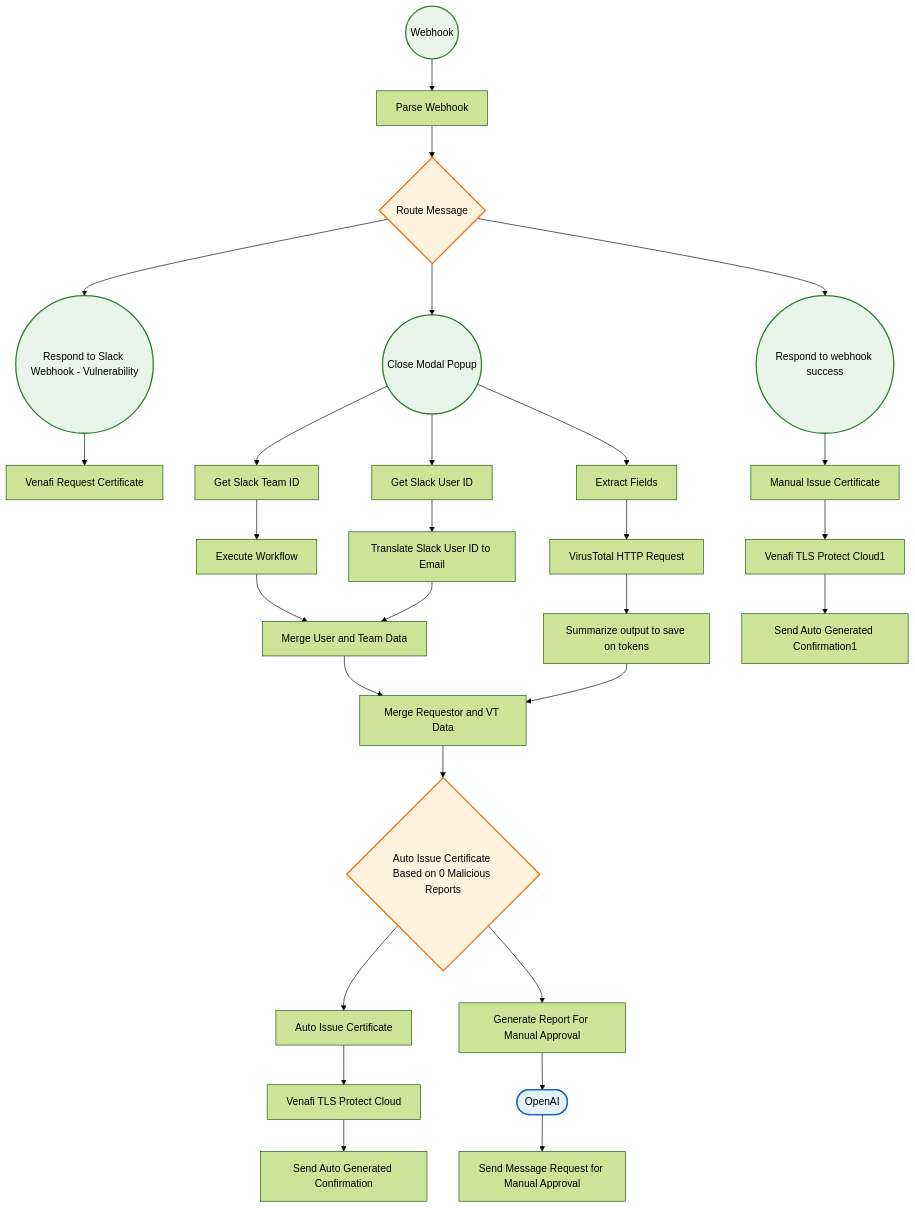
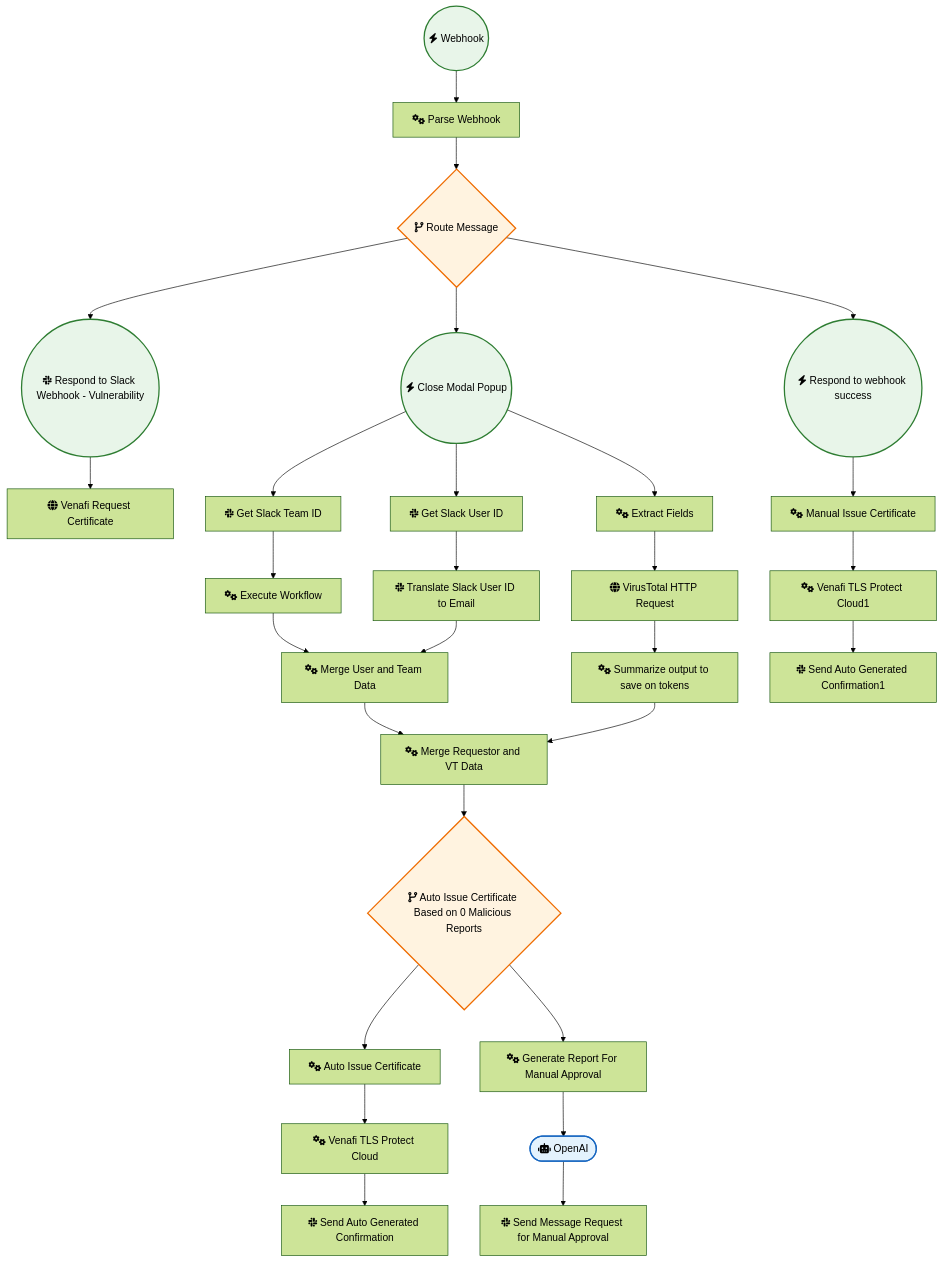
Before and after one commit to sreyash3105/N8N-DEMO-AUTOMATIONS: the diagram in Slack/Venafi Cloud Slack Cert Bot.md, drawn with Mermaid (forest theme). The commit also changed 291 other files, not shown here.

````diff
--- a/Slack/Venafi Cloud Slack Cert Bot.md
+++ b/Slack/Venafi Cloud Slack Cert Bot.md
@@ -1,61 +1,61 @@
 ```mermaid
 graph TD
     classDef trigger fill:#e8f5e9,stroke:#2e7d32,stroke-width:2px;
     classDef ai fill:#e3f2fd,stroke:#1565c0,stroke-width:2px;
     classDef logic fill:#fff3e0,stroke:#ef6c00,stroke-width:2px;
 
-    Venafi_TLS_Protect_Cloud["Venafi TLS Protect Cloud"]
-    Parse_Webhook["Parse Webhook"]
-    Close_Modal_Popup(("Close Modal Popup")):::trigger
-    Respond_to_Slack_Webhook___Vulnerability(("Respond to Slack Webhook - Vulnerability")):::trigger
-    Venafi_Request_Certificate["Venafi Request Certificate"]
-    Extract_Fields["Extract Fields"]
-    Get_Slack_User_ID["Get Slack User ID"]
-    Translate_Slack_User_ID_to_Email["Translate Slack User ID to Email"]
-    VirusTotal_HTTP_Request["VirusTotal HTTP Request"]
-    Summarize_output_to_save_on_tokens["Summarize output to save on tokens"]
-    Auto_Issue_Certificate_Based_on_0_Malicious_Reports{"Auto Issue Certificate Based on 0 Malicious Reports"}:::logic
-    Auto_Issue_Certificate["Auto Issue Certificate"]
-    Generate_Report_For_Manual_Approval["Generate Report For Manual Approval"]
-    Get_Slack_Team_ID["Get Slack Team ID"]
-    Execute_Workflow["Execute Workflow"]
-    Merge_User_and_Team_Data["Merge User and Team Data"]
-    OpenAI(["OpenAI"]):::ai
-    Merge_Requestor_and_VT_Data["Merge Requestor and VT Data"]
-    Send_Auto_Generated_Confirmation["Send Auto Generated Confirmation"]
-    Send_Message_Request_for_Manual_Approval["Send Message Request for Manual Approval"]
-    Route_Message{"Route Message"}:::logic
-    Venafi_TLS_Protect_Cloud1["Venafi TLS Protect Cloud1"]
-    Send_Auto_Generated_Confirmation1["Send Auto Generated Confirmation1"]
-    Manual_Issue_Certificate["Manual Issue Certificate"]
-    Webhook(("Webhook")):::trigger
-    Respond_to_webhook_success(("Respond to webhook success")):::trigger
+    Venafi_TLS_Protect_Cloud["fas:fa-cogs Venafi TLS Protect Cloud"]
+    Parse_Webhook["fas:fa-cogs Parse Webhook"]
+    Close_Modal_Popup(("fas:fa-bolt Close Modal Popup")):::trigger
+    Respond_to_Slack_Webhook___Vulnerability(("fab:fa-slack Respond to Slack Webhook - Vulnerability")):::trigger
+    Venafi_Request_Certificate["fas:fa-globe Venafi Request Certificate"]
+    Extract_Fields["fas:fa-cogs Extract Fields"]
+    Get_Slack_User_ID["fab:fa-slack Get Slack User ID"]
+    Translate_Slack_User_ID_to_Email["fab:fa-slack Translate Slack User ID to Email"]
+    VirusTotal_HTTP_Request["fas:fa-globe VirusTotal HTTP Request"]
+    Summarize_output_to_save_on_tokens["fas:fa-cogs Summarize output to save on tokens"]
+    Auto_Issue_Certificate_Based_on_0_Malicious_Reports{"fas:fa-code-branch Auto Issue Certificate Based on 0 Malicious Reports"}:::logic
+    Auto_Issue_Certificate["fas:fa-cogs Auto Issue Certificate"]
+    Generate_Report_For_Manual_Approval["fas:fa-cogs Generate Report For Manual Approval"]
+    Get_Slack_Team_ID["fab:fa-slack Get Slack Team ID"]
+    Execute_Workflow["fas:fa-cogs Execute Workflow"]
+    Merge_User_and_Team_Data["fas:fa-cogs Merge User and Team Data"]
+    OpenAI(["fas:fa-robot OpenAI"]):::ai
+    Merge_Requestor_and_VT_Data["fas:fa-cogs Merge Requestor and VT Data"]
+    Send_Auto_Generated_Confirmation["fab:fa-slack Send Auto Generated Confirmation"]
+    Send_Message_Request_for_Manual_Approval["fab:fa-slack Send Message Request for Manual Approval"]
+    Route_Message{"fas:fa-code-branch Route Message"}:::logic
+    Venafi_TLS_Protect_Cloud1["fas:fa-cogs Venafi TLS Protect Cloud1"]
+    Send_Auto_Generated_Confirmation1["fab:fa-slack Send Auto Generated Confirmation1"]
+    Manual_Issue_Certificate["fas:fa-cogs Manual Issue Certificate"]
+    Webhook(("fas:fa-bolt Webhook")):::trigger
+    Respond_to_webhook_success(("fas:fa-bolt Respond to webhook success")):::trigger
 
     OpenAI --> Send_Message_Request_for_Manual_Approval
     Webhook --> Parse_Webhook
     Parse_Webhook --> Route_Message
     Route_Message --> Respond_to_Slack_Webhook___Vulnerability
     Route_Message --> Close_Modal_Popup
     Route_Message --> Respond_to_webhook_success
     Extract_Fields --> VirusTotal_HTTP_Request
     Execute_Workflow --> Merge_User_and_Team_Data
     Close_Modal_Popup --> Extract_Fields
     Close_Modal_Popup --> Get_Slack_User_ID
     Close_Modal_Popup --> Get_Slack_Team_ID
     Get_Slack_Team_ID --> Execute_Workflow
     Get_Slack_User_ID --> Translate_Slack_User_ID_to_Email
     Auto_Issue_Certificate --> Venafi_TLS_Protect_Cloud
     VirusTotal_HTTP_Request --> Summarize_output_to_save_on_tokens
     Manual_Issue_Certificate --> Venafi_TLS_Protect_Cloud1
     Merge_User_and_Team_Data --> Merge_Requestor_and_VT_Data
     Venafi_TLS_Protect_Cloud --> Send_Auto_Generated_Confirmation
     Venafi_TLS_Protect_Cloud1 --> Send_Auto_Generated_Confirmation1
     Respond_to_webhook_success --> Manual_Issue_Certificate
     Merge_Requestor_and_VT_Data --> Auto_Issue_Certificate_Based_on_0_Malicious_Reports
     Translate_Slack_User_ID_to_Email --> Merge_User_and_Team_Data
     Summarize_output_to_save_on_tokens --> Merge_Requestor_and_VT_Data
     Generate_Report_For_Manual_Approval --> OpenAI
     Respond_to_Slack_Webhook___Vulnerability --> Venafi_Request_Certificate
     Auto_Issue_Certificate_Based_on_0_Malicious_Reports --> Auto_Issue_Certificate
     Auto_Issue_Certificate_Based_on_0_Malicious_Reports --> Generate_Report_For_Manual_Approval
 ```
````
